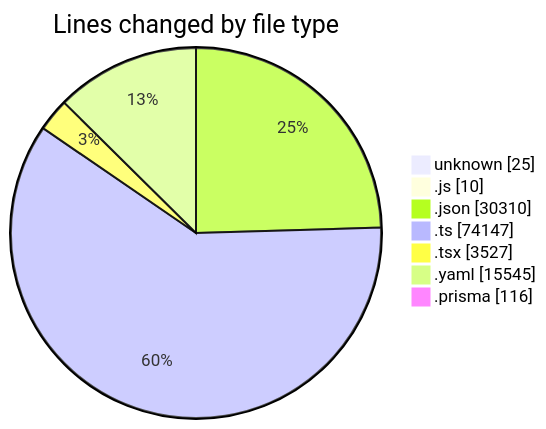
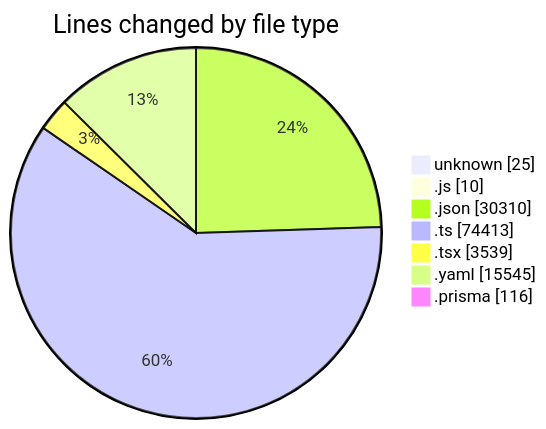
Before and after one commit to CELIANVF/code-tracking: the first of 2 diagrams in 2025-05-02/ecodeli/README.md, drawn with Mermaid. The commit also changed other lines of this file and 1 other file, not shown here.

````diff
--- a/2025-05-02/ecodeli/README.md
+++ b/2025-05-02/ecodeli/README.md
@@ -65,11 +66,11 @@
 ```mermaid
 pie showData
 title Lines changed by file type
 "unknown" : 25
 ".js" : 10
 ".json" : 30310
-".ts" : 74147
-".tsx" : 3527
+".ts" : 74413
+".tsx" : 3539
 ".yaml" : 15545
 ".prisma" : 116
 ```
````
